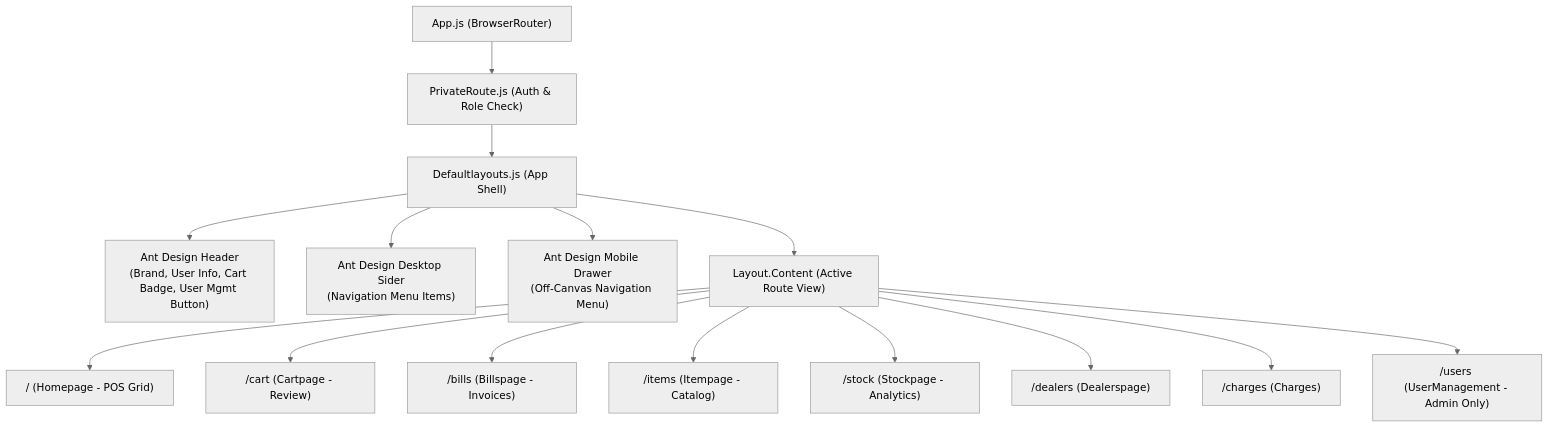
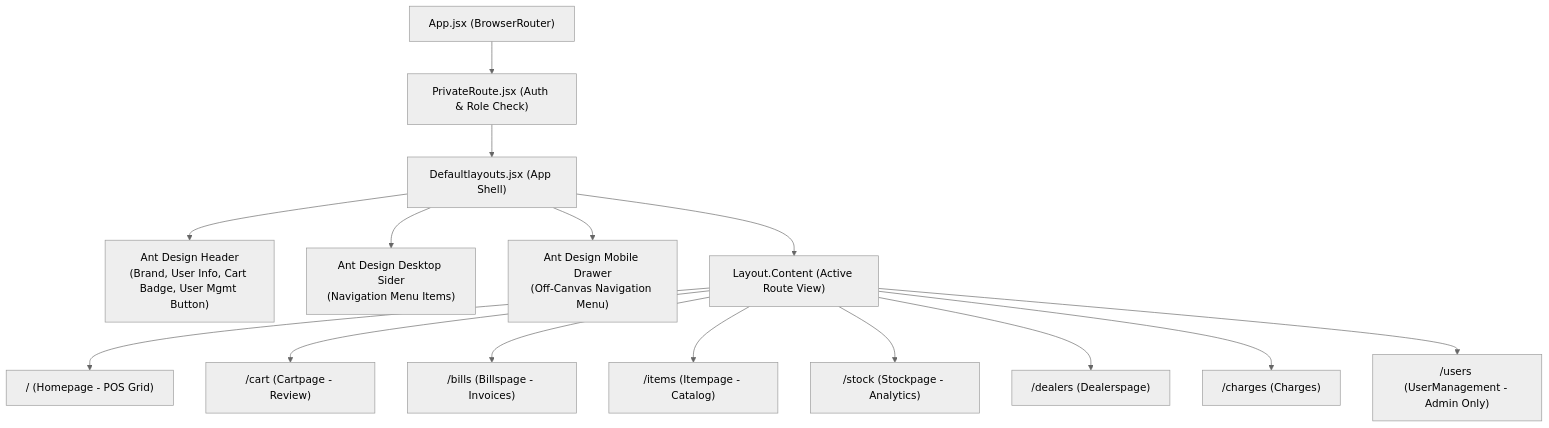
The second of 4 diagrams in README.md (Haiderali445/pos-client), drawn with Mermaid (neutral theme) before and after one commit. The commit also changed other lines of this file and 27 other files, not shown here.

````diff
--- a/README.md
+++ b/README.md
@@ -100,27 +100,27 @@
 ```mermaid
 graph TD
-    App["App.js (BrowserRouter)"]
-    PR["PrivateRoute.js (Auth & Role Check)"]
-    Shell["Defaultlayouts.js (App Shell)"]
+    App["App.jsx (BrowserRouter)"]
+    PR["PrivateRoute.jsx (Auth & Role Check)"]
+    Shell["Defaultlayouts.jsx (App Shell)"]
     
     Header["Ant Design Header\n(Brand, User Info, Cart Badge, User Mgmt Button)"]
     Sider["Ant Design Desktop Sider\n(Navigation Menu Items)"]
     Drawer["Ant Design Mobile Drawer\n(Off-Canvas Navigation Menu)"]
     Content["Layout.Content (Active Route View)"]
 
     App --> PR
     PR --> Shell
     Shell --> Header
     Shell --> Sider
     Shell --> Drawer
     Shell --> Content
 
     Content --> P_POS["/ (Homepage - POS Grid)"]
     Content --> P_Cart["/cart (Cartpage - Review)"]
     Content --> P_Bills["/bills (Billspage - Invoices)"]
     Content --> P_Items["/items (Itempage - Catalog)"]
     Content --> P_Stock["/stock (Stockpage - Analytics)"]
     Content --> P_Dealers["/dealers (Dealerspage)"]
     Content --> P_Charges["/charges (Charges)"]
     Content --> P_Users["/users (UserManagement - Admin Only)"]
 ```
````
